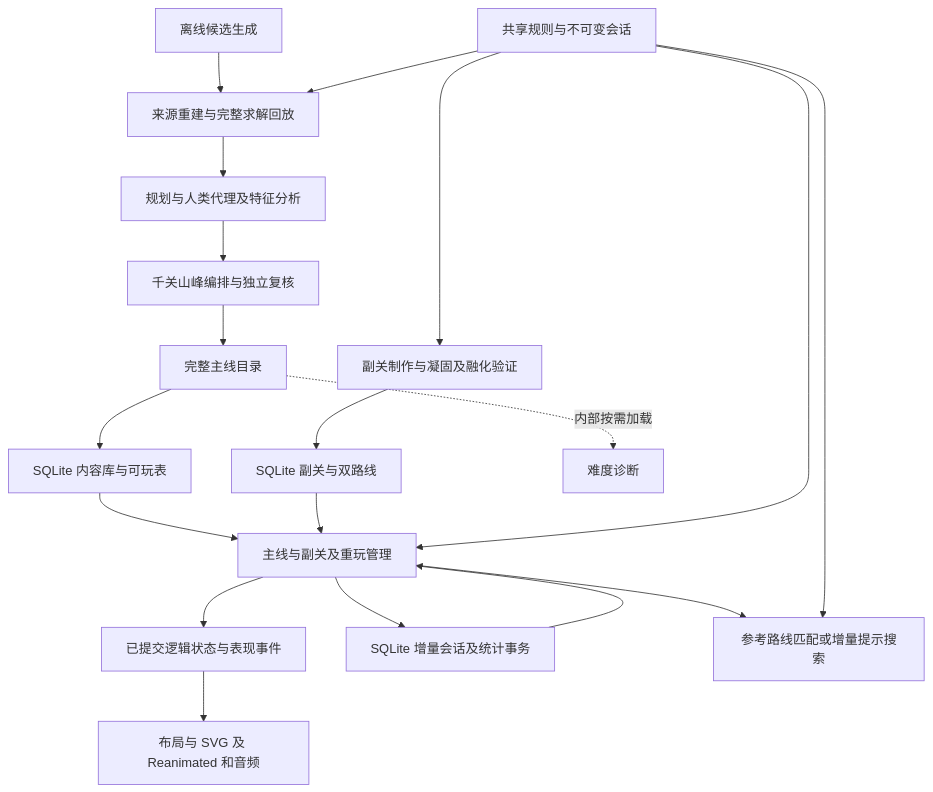
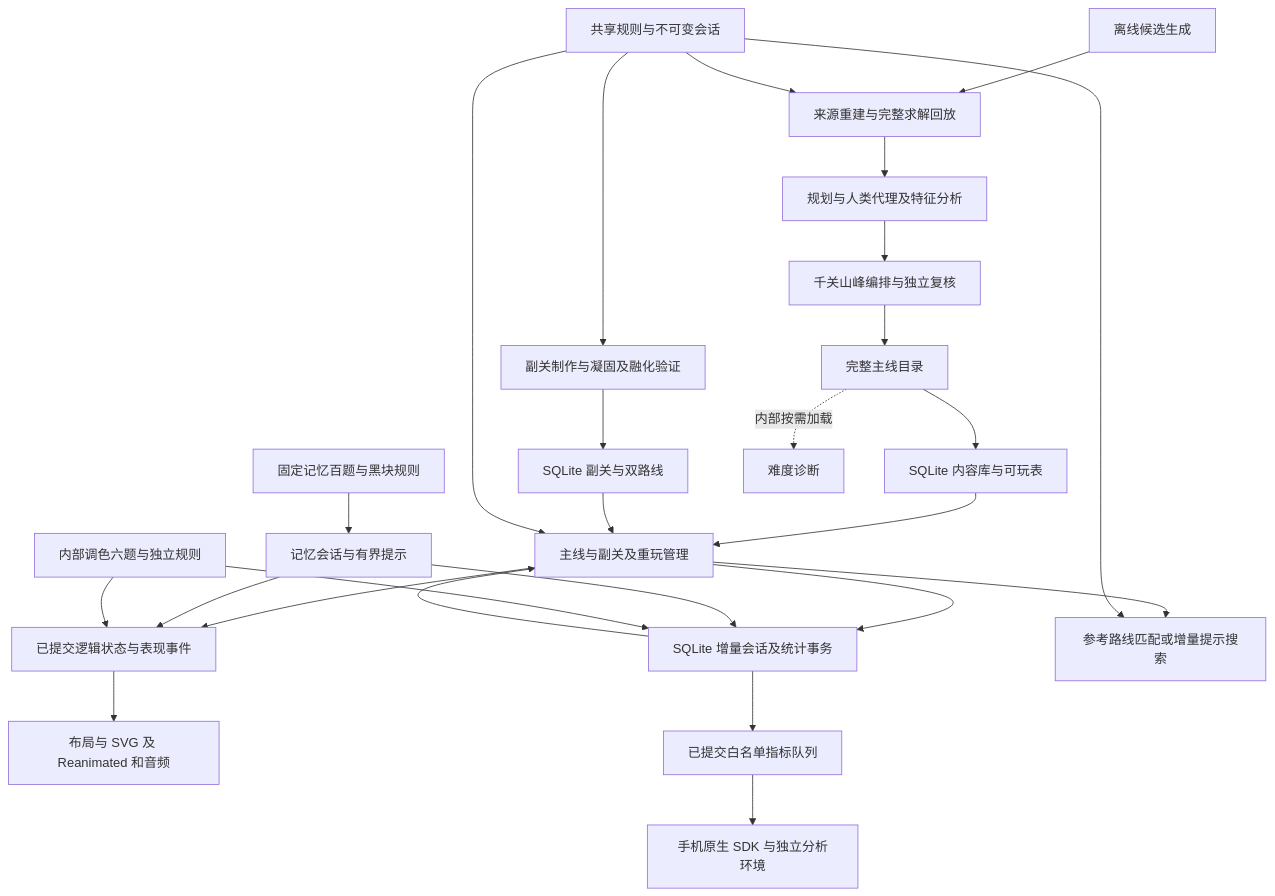
Before and after one commit to JackLi717/bottle-harmony: the diagram in docs/system-design.md, drawn with Mermaid. The commit also changed other lines of this file and 21 other files, not shown here.

````diff
--- a/docs/system-design.md
+++ b/docs/system-design.md
@@ -7,21 +7,28 @@
 ```mermaid
 flowchart TD
     A[离线候选生成] --> B[来源重建与完整求解回放]
     B --> C[规划与人类代理及特征分析]
     C --> D[千关山峰编排与独立复核]
     D --> E[完整主线目录]
     E --> F[SQLite 内容库与可玩表]
     G[副关制作与凝固及融化验证] --> H[SQLite 副关与双路线]
     F --> I[主线与副关及重玩管理]
     H --> I
     J[共享规则与不可变会话] --> B
     J --> G
     J --> I
     I --> K[已提交逻辑状态与表现事件]
     K --> L[布局与 SVG 及 Reanimated 和音频]
     I --> M[SQLite 增量会话及统计事务]
     M --> I
     I --> N[参考路线匹配或增量提示搜索]
     J --> N
+    P[固定记忆百题与黑块规则] --> Q[记忆会话与有界提示]
+    Q --> K
+    Q --> M
+    R[内部调色六题与独立规则] --> K
+    R --> M
+    M --> S[已提交白名单指标队列]
+    S --> T[手机原生 SDK 与独立分析环境]
     E -.内部按需加载.-> O[难度诊断]
 ```
````
